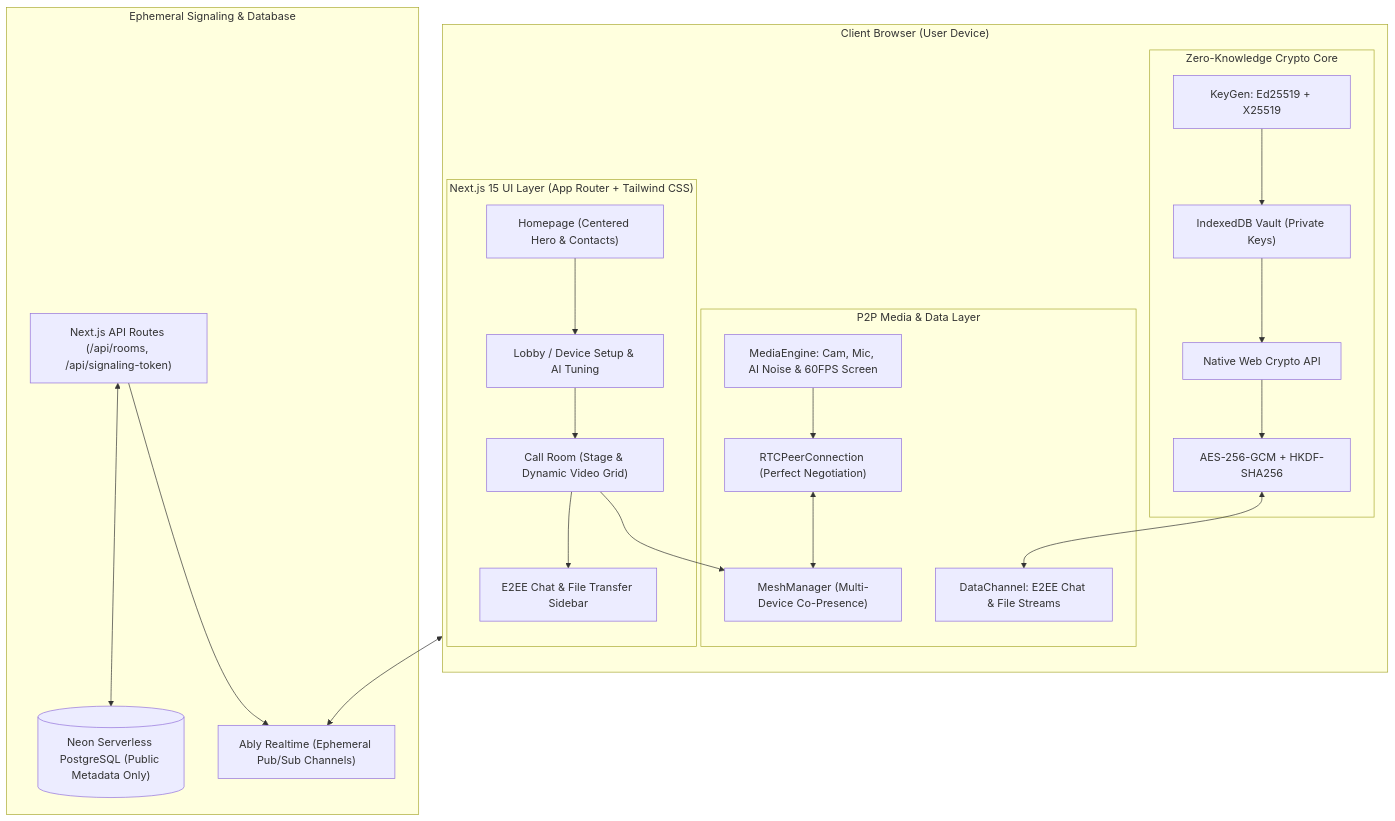
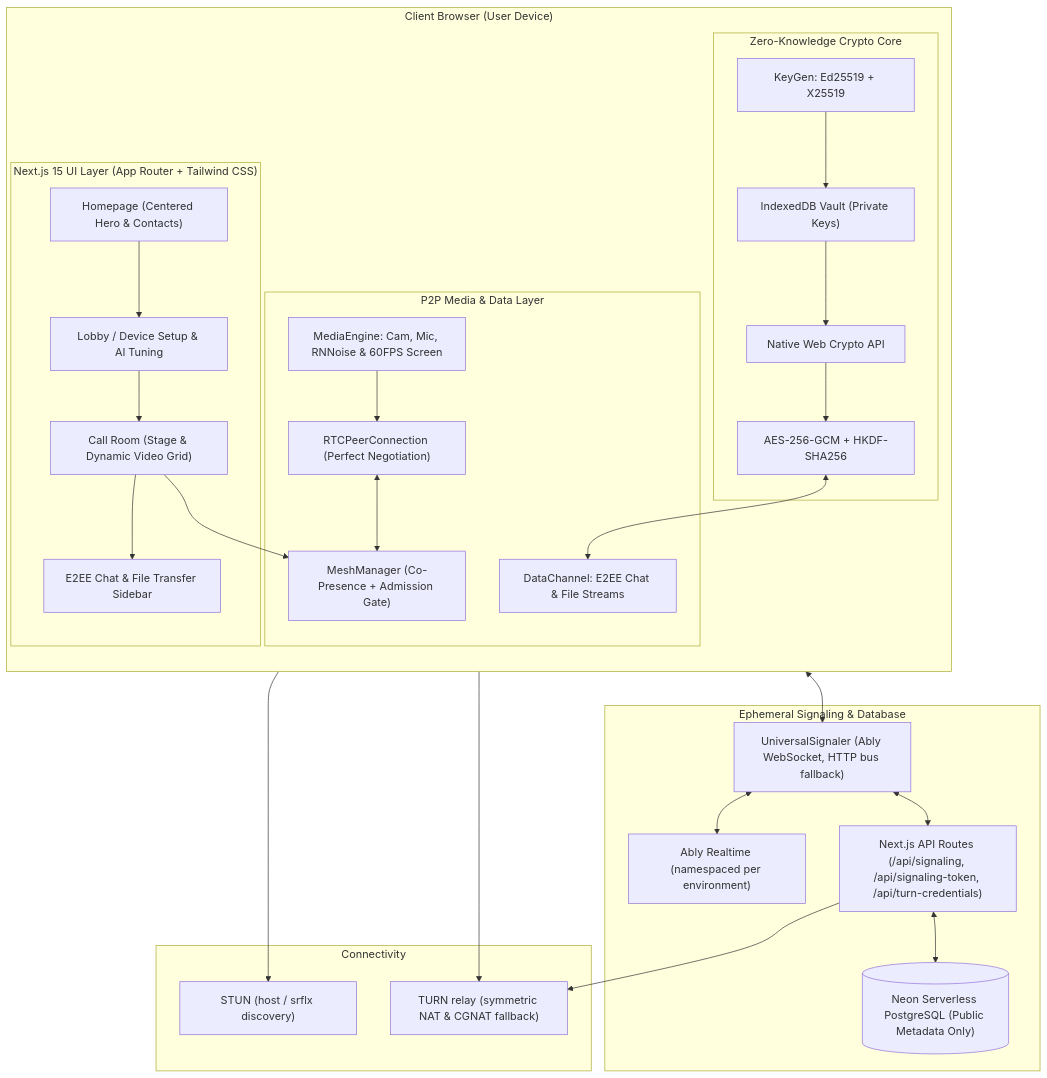
One commit to mur1ll0/papochan changed the diagram in README.md. Above: the diagram before and after it, drawn with Mermaid. The commit also changed other lines of this file and 11 other files, not shown here.

````diff
--- a/README.md
+++ b/README.md
@@ -60,46 +69,56 @@
 ```mermaid
 graph TB
     subgraph ClientBrowser["Client Browser (User Device)"]
         direction TB
         subgraph SecurityCrypto["Zero-Knowledge Crypto Core"]
             KeyStore["IndexedDB Vault (Private Keys)"]
             SubtleCrypto["Native Web Crypto API"]
             KeyGen["KeyGen: Ed25519 + X25519"]
             AESCipher["AES-256-GCM + HKDF-SHA256"]
         end
 
         subgraph WebRTCEngine["P2P Media & Data Layer"]
-            MediaEng["MediaEngine: Cam, Mic, AI Noise & 60FPS Screen"]
+            MediaEng["MediaEngine: Cam, Mic, RNNoise & 60FPS Screen"]
             DataChan["DataChannel: E2EE Chat & File Streams"]
             PeerConn["RTCPeerConnection (Perfect Negotiation)"]
-            MeshMgr["MeshManager (Multi-Device Co-Presence)"]
+            MeshMgr["MeshManager (Co-Presence + Admission Gate)"]
         end
 
         subgraph UILayer["Next.js 15 UI Layer (App Router + Tailwind CSS)"]
             HomePage["Homepage (Centered Hero & Contacts)"]
             LobbyModal["Lobby / Device Setup & AI Tuning"]
             RoomPage["Call Room (Stage & Dynamic Video Grid)"]
             ChatPanel["E2EE Chat & File Transfer Sidebar"]
         end
     end
 
     subgraph SignalingBackend["Ephemeral Signaling & Database"]
-        Ably["Ably Realtime (Ephemeral Pub/Sub Channels)"]
-        NextAPI["Next.js API Routes (/api/rooms, /api/signaling-token)"]
+        Signaler["UniversalSignaler (Ably WebSocket, HTTP bus fallback)"]
+        Ably["Ably Realtime (namespaced per environment)"]
+        NextAPI["Next.js API Routes (/api/signaling, /api/signaling-token, /api/turn-credentials)"]
         PrismaDB[("Neon Serverless PostgreSQL (Public Metadata Only)")]
+    end
+
+    subgraph Relay["Connectivity"]
+        Stun["STUN (host / srflx discovery)"]
+        Turn["TURN relay (symmetric NAT & CGNAT fallback)"]
     end
 
     KeyGen --> KeyStore
     KeyStore --> SubtleCrypto
     SubtleCrypto --> AESCipher
     AESCipher <--> DataChan
     MediaEng --> PeerConn
     PeerConn <--> MeshMgr
-    MeshMgr <--> Ably
+    PeerConn --> Stun
+    PeerConn --> Turn
+    MeshMgr <--> Signaler
+    Signaler <--> Ably
+    Signaler <--> NextAPI
     NextAPI <--> PrismaDB
-    NextAPI --> Ably
+    NextAPI --> Turn
     HomePage --> LobbyModal
     LobbyModal --> RoomPage
     RoomPage --> MeshMgr
     RoomPage --> ChatPanel
 ```
````
